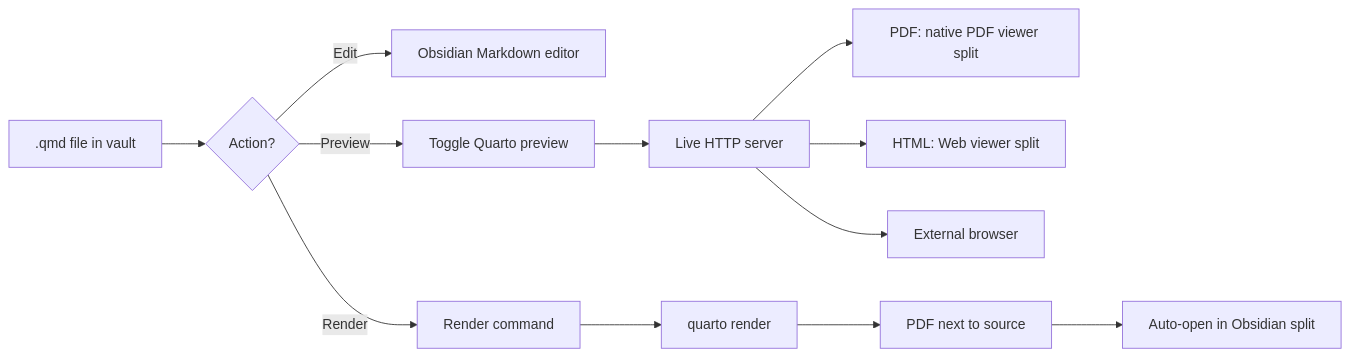
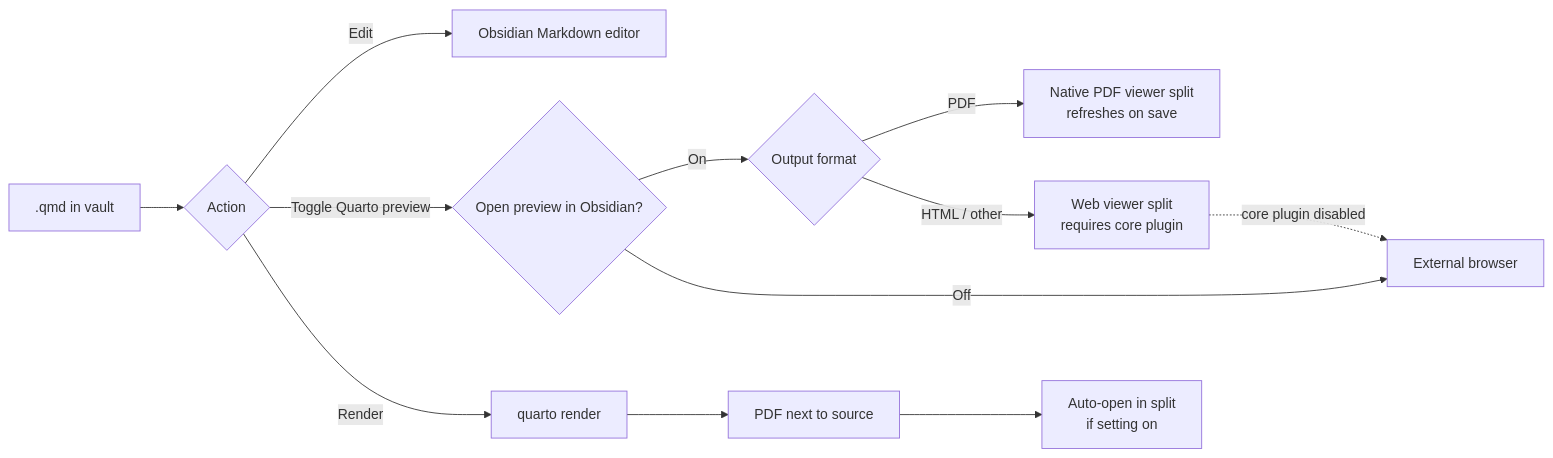
One commit to danieltomasz/qmd-as-md-obsidian changed the diagram in assets/workflow.mmd. Above: the diagram before and after it, drawn with Mermaid. The commit also changed 1 other file, not shown here.

Commit message:
updates to mermaid graph

```diff
--- a/assets/workflow.mmd
+++ b/assets/workflow.mmd
@@ -1,12 +1,14 @@
 flowchart LR
-    A[.qmd file in vault] --> B{Action?}
+    A[.qmd in vault] --> B{Action}
     B -->|Edit| C[Obsidian Markdown editor]
-    B -->|Preview| D[Toggle Quarto preview]
-    B -->|Render| E[Render command]
-    D --> F[Live HTTP server]
-    F --> G[PDF: native PDF viewer split]
-    F --> H[HTML: Web viewer split]
-    F --> I[External browser]
-    E --> J[quarto render]
-    J --> K[PDF next to source]
-    K --> L[Auto-open in Obsidian split]
+    B -->|Toggle Quarto preview| D{Open preview in Obsidian?}
+    B -->|Render| E[quarto render]
+
+    D -->|On| F{Output format}
+    D -->|Off| G[External browser]
+    F -->|PDF| H[Native PDF viewer split<br/>refreshes on save]
+    F -->|HTML / other| I[Web viewer split<br/>requires core plugin]
+    I -. core plugin disabled .-> G
+
+    E --> J[PDF next to source]
+    J --> K[Auto-open in split<br/>if setting on]
```
